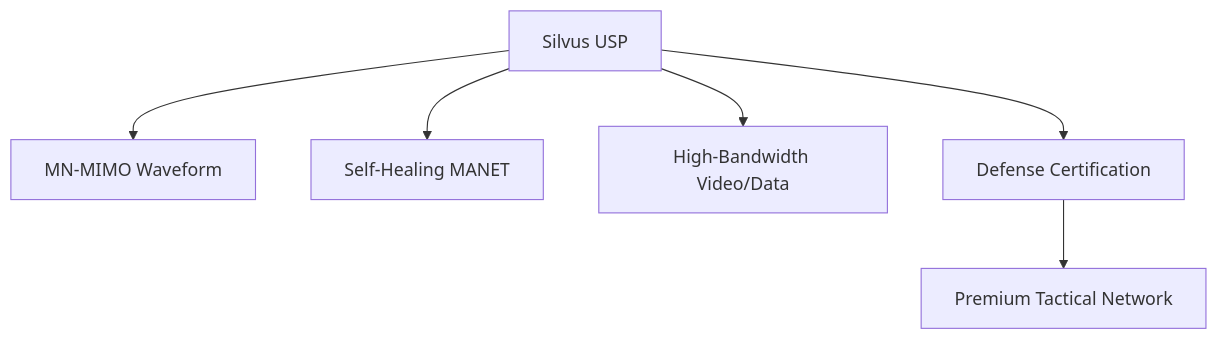
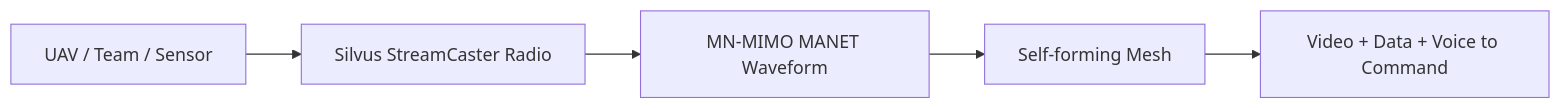
The fifth of 14 diagrams in HyperLink.md (vjk7989/project-flex), drawn with Mermaid before and after one commit. The commit also changed other lines of this file, not shown here.

````diff
--- a/HyperLink.md
+++ b/HyperLink.md
@@ -95,8 +322,7 @@
 ```mermaid
-flowchart TD
-    A["Silvus USP"] --> B["MN-MIMO Waveform"]
-    A --> C["Self-Healing MANET"]
-    A --> D["High-Bandwidth Video/Data"]
-    A --> E["Defense Certification"]
-    E --> F["Premium Tactical Network"]
+flowchart LR
+    A["UAV / Team / Sensor"] --> B["Silvus StreamCaster Radio"]
+    B --> C["MN-MIMO MANET Waveform"]
+    C --> D["Self-forming Mesh"]
+    D --> E["Video + Data + Voice to Command"]
 ```
````
